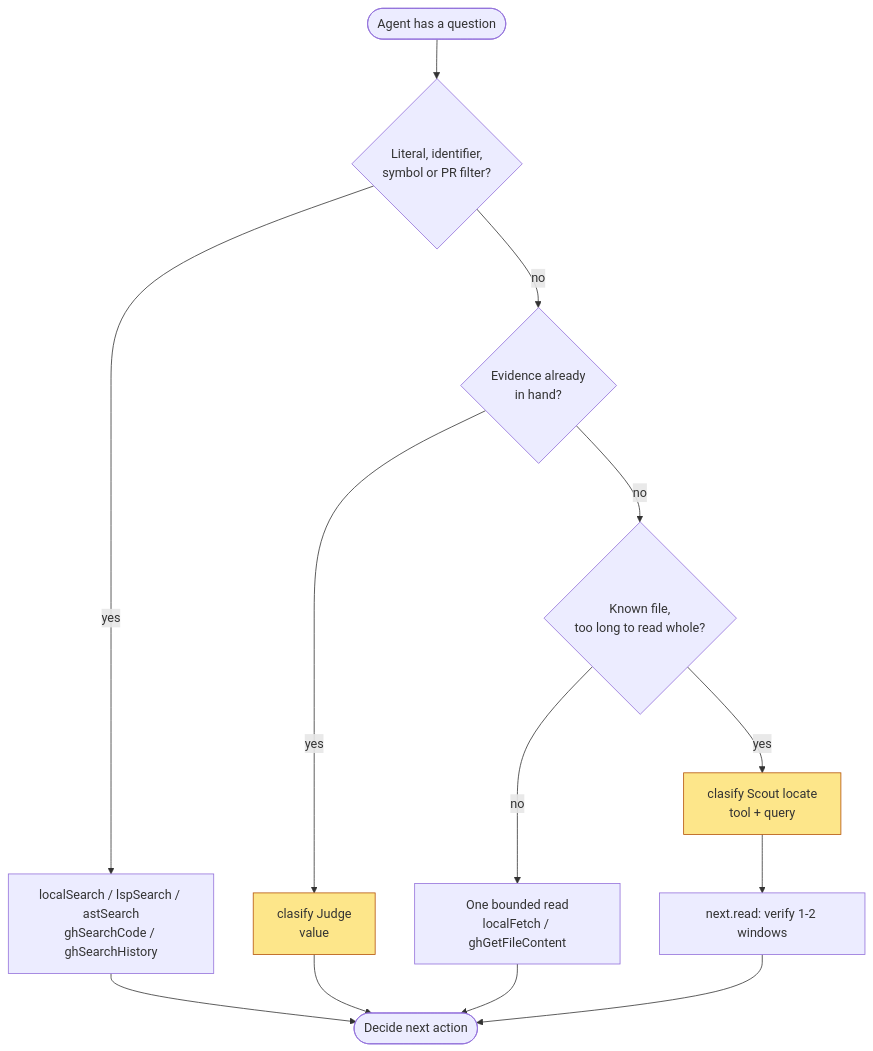
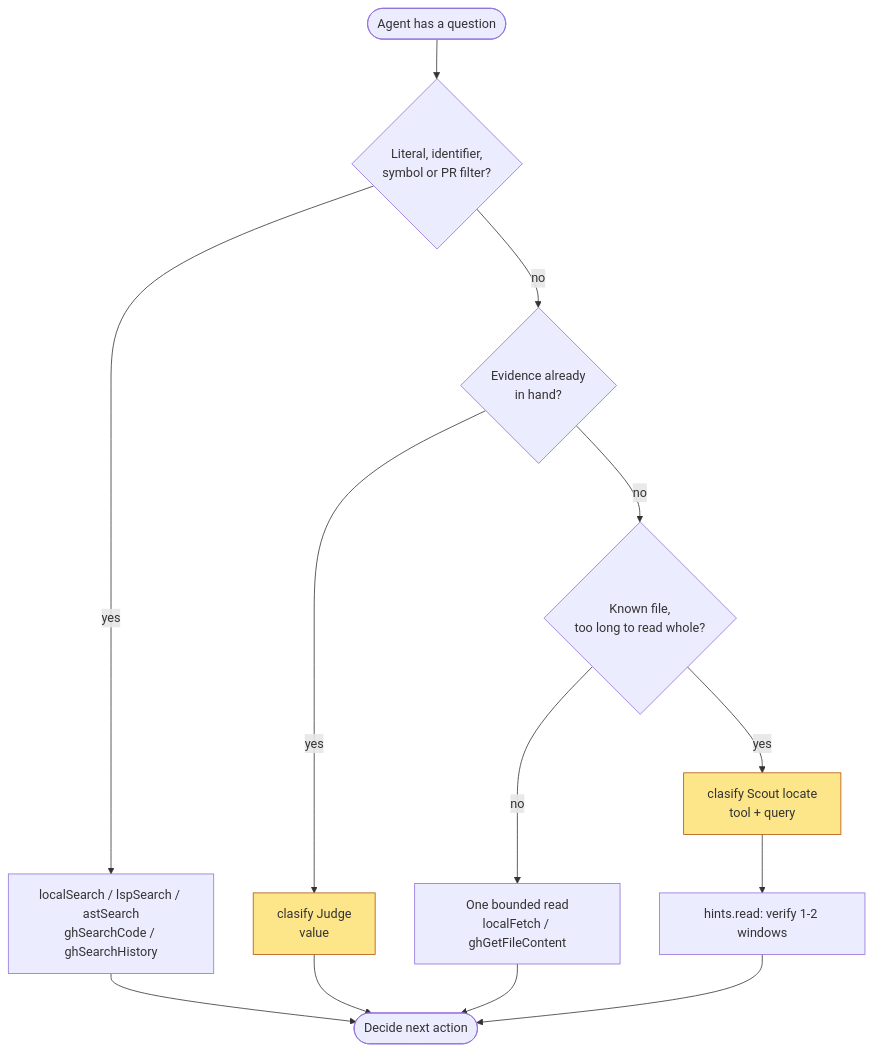
Before and after one commit to bgauryy/octocode: the first of 4 diagrams in docs/OCTOCODE_CLASIFY.md, drawn with Mermaid. The commit also changed other lines of this file and 374 other files, not shown here.

````diff
--- a/docs/OCTOCODE_CLASIFY.md
+++ b/docs/OCTOCODE_CLASIFY.md
@@ -51,17 +51,17 @@
 ```mermaid
 flowchart TD
     Q([Agent has a question]) --> L{Literal, identifier,<br/>symbol or PR filter?}
     L -- yes --> S[localSearch / lspSearch / astSearch<br/>ghSearchCode / ghSearchHistory]
     L -- no --> H{Evidence already<br/>in hand?}
     H -- yes --> J["clasify Judge<br/>value"]
     H -- no --> K{Known file,<br/>too long to read whole?}
     K -- no --> R[One bounded read<br/>localFetch / ghGetFileContent]
     K -- yes --> SC["clasify Scout locate<br/>tool + query"]
-    SC --> V[next.read: verify 1-2 windows]
+    SC --> V[hints.read: verify 1-2 windows]
     J --> D([Decide next action])
     V --> D
     S --> D
     R --> D
     classDef semantic fill:#fde68a,stroke:#b45309;
     class J,SC semantic
 ```
````
